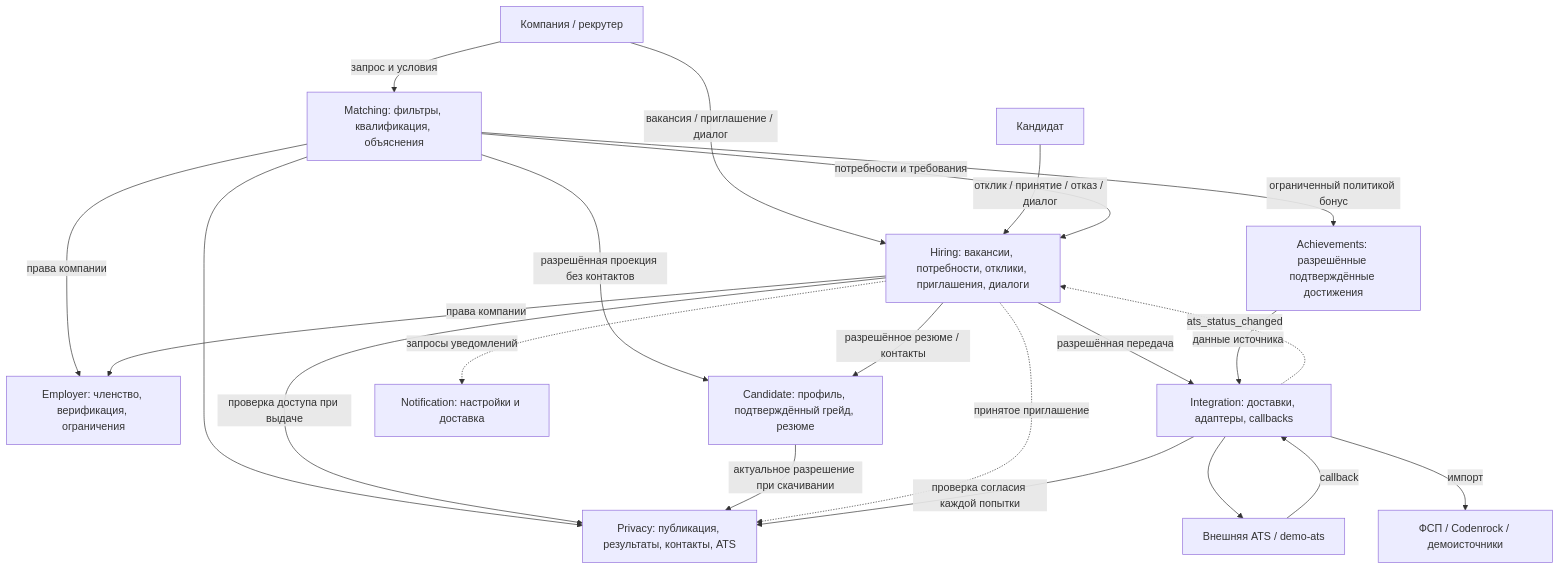
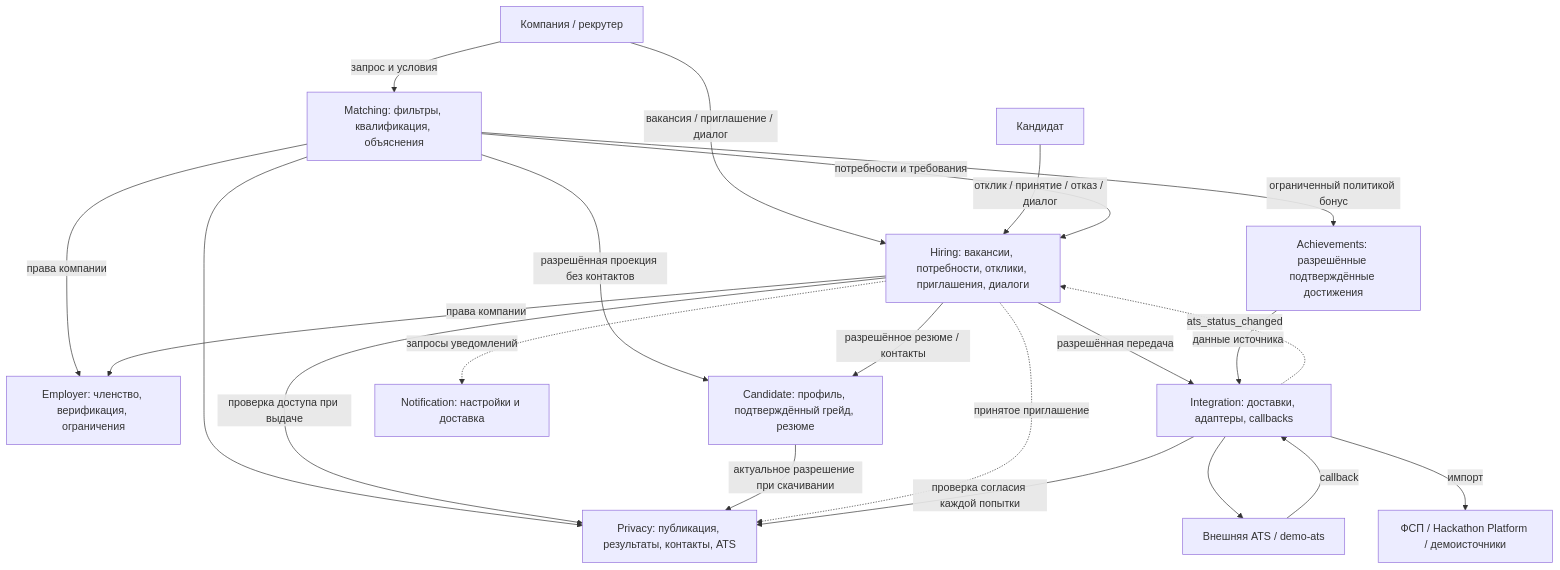
The fourth of 7 diagrams in docs/architecture-diagrams.md (VictoriaGailitis/reverse-hr), drawn with Mermaid before and after one commit. The commit also changed other lines of this file and 59 other files, not shown here.

````diff
--- a/docs/architecture-diagrams.md
+++ b/docs/architecture-diagrams.md
@@ -163,36 +163,36 @@
 ```mermaid
 flowchart TB
     CO["Компания / рекрутер"]
     C["Кандидат"]
     EMP["Employer: членство, верификация, ограничения"]
     MATCH["Matching: фильтры, квалификация, объяснения"]
     CAN["Candidate: профиль, подтверждённый грейд, резюме"]
     ACH["Achievements: разрешённые подтверждённые достижения"]
     HIRE["Hiring: вакансии, потребности, отклики, приглашения, диалоги"]
     PRIV["Privacy: публикация, результаты, контакты, ATS"]
     INT["Integration: доставки, адаптеры, callbacks"]
     ATS["Внешняя ATS / demo-ats"]
-    SRC["ФСП / Codenrock / демоисточники"]
+    SRC["ФСП / Hackathon Platform / демоисточники"]
     NOT["Notification: настройки и доставка"]
     CO -->|"запрос и условия"| MATCH
     CO -->|"вакансия / приглашение / диалог"| HIRE
     C -->|"отклик / принятие / отказ / диалог"| HIRE
     MATCH -->|"права компании"| EMP
     HIRE -->|"права компании"| EMP
     MATCH -->|"разрешённая проекция без контактов"| CAN
     MATCH -->|"потребности и требования"| HIRE
     MATCH -->|"ограниченный политикой бонус"| ACH
     MATCH --> PRIV
     HIRE -->|"проверка доступа при выдаче"| PRIV
     HIRE -->|"разрешённое резюме / контакты"| CAN
     CAN -->|"актуальное разрешение при скачивании"| PRIV
     HIRE -.->|"принятое приглашение"| PRIV
     HIRE -.->|"запросы уведомлений"| NOT
     HIRE -->|"разрешённая передача"| INT
     INT -->|"проверка согласия каждой попытки"| PRIV
     INT --> ATS
     ATS -->|"callback"| INT
     INT -.->|"ats_status_changed"| HIRE
     INT -->|"импорт"| SRC
     ACH -->|"данные источника"| INT
 ```
````
